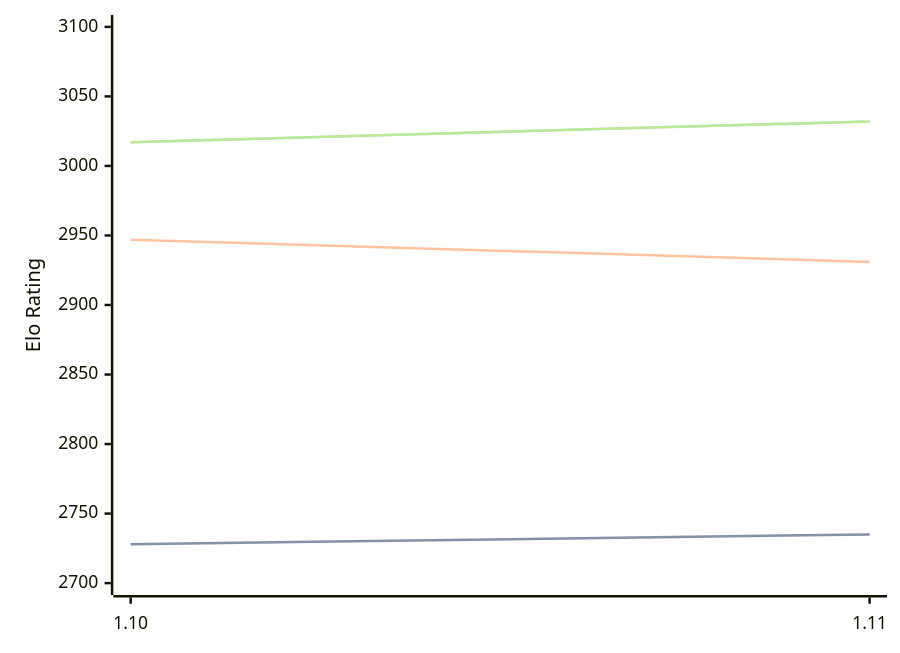
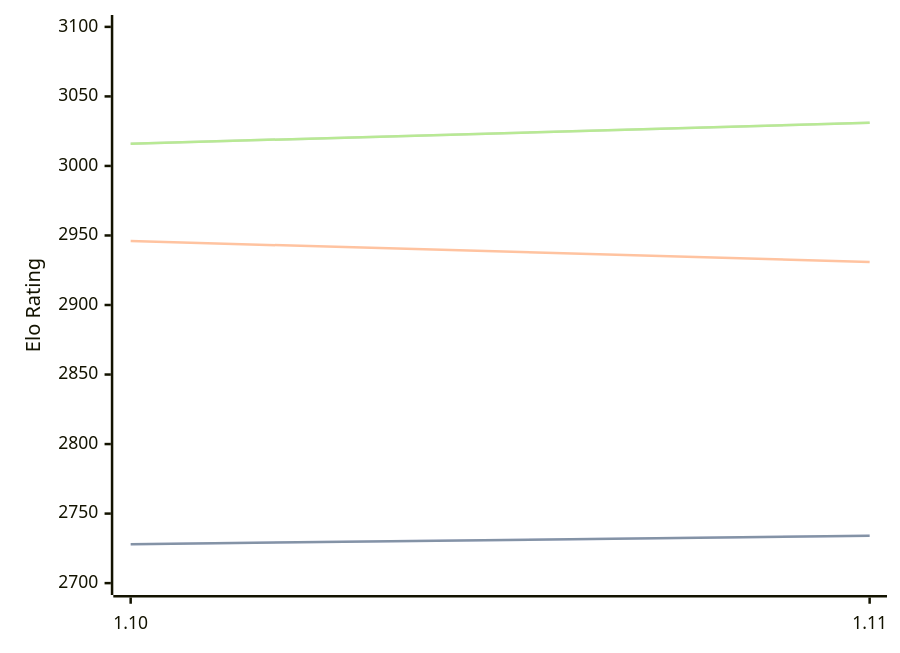
One commit to computer-chess-index/cci changed the diagram in engines/Roc.md. Above: the diagram before and after it, drawn with Mermaid. The commit also changed other lines of this file, not shown here.

Commit message:
Update CCI Ratings (ELO VLTC) - 2026-06-07

````diff
--- a/engines/Roc.md
+++ b/engines/Roc.md
@@ -65,11 +65,11 @@
 ```mermaid
 %%{init: {"theme":"base","themeVariables":{"seriesColors:['#a3a3a3','#222221','#faa371']}}}%%
 xychart-beta
   x-axis ["1.10", "1.11"]
   y-axis "Elo Rating" 2700 --> 3100
-  line "STC (8.0+0.08s)" [2728, 2735]
-  line "STC (8.0+0.08s)" [2728, 2735]
-  line "LTC (60.0+0.60s)" [2947, 2931]
-  line "VLTC (2m24s+1.12s)" [3017, 3032]
-  line "VLTC (2m24s+1.12s)" [3017, 3032]
+  line "STC (8.0+0.08s)" [2728, 2734]
+  line "STC (8.0+0.08s)" [2728, 2734]
+  line "LTC (60.0+0.60s)" [2946, 2931]
+  line "VLTC (2m24s+1.12s)" [3016, 3031]
+  line "VLTC (2m24s+1.12s)" [3016, 3031]
 ```
````
